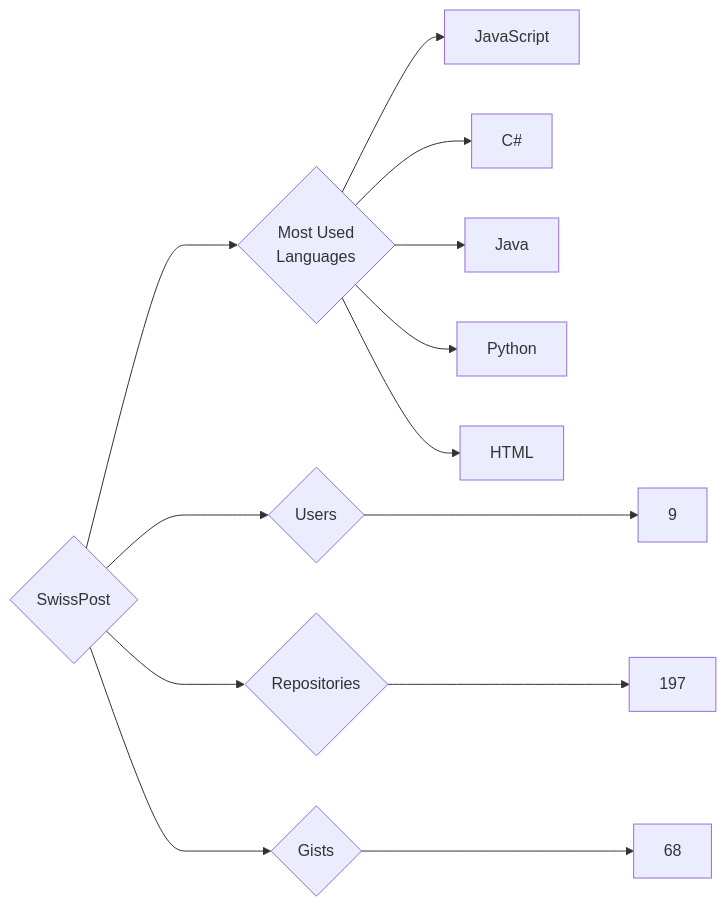
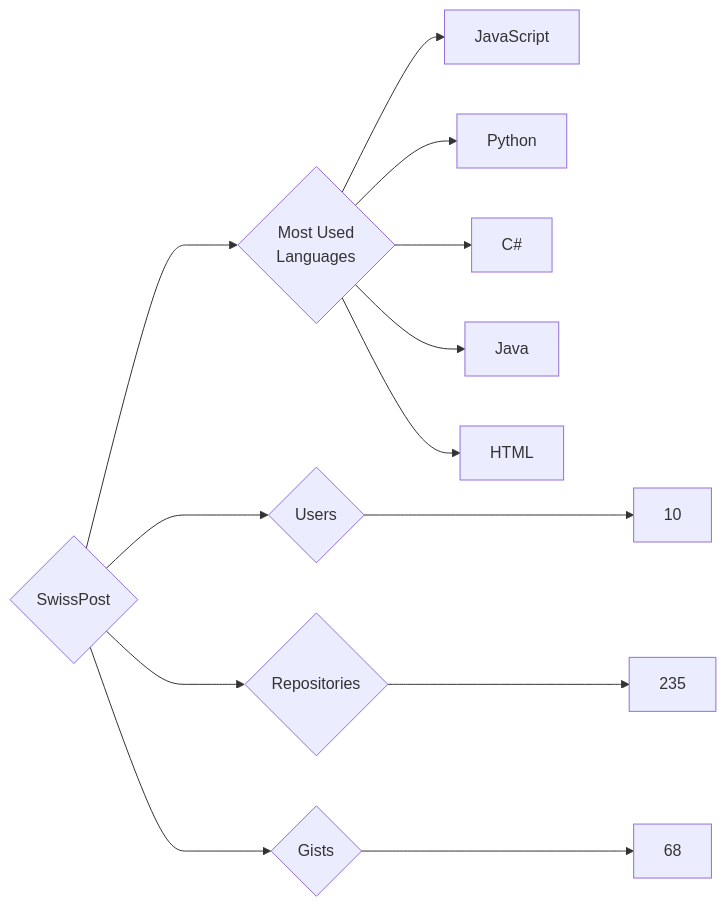
One commit to trickest/insiders changed the diagram in targets/SwissPost/README.md. Above: the diagram before and after it, drawn with Mermaid. The commit also changed 681 other files, not shown here.

````diff
--- a/targets/SwissPost/README.md
+++ b/targets/SwissPost/README.md
@@ -3,13 +3,13 @@
 ```mermaid
 graph LR
 COMPANY_NAME{SwissPost}
-COMPANY_NAME ---> U{Users} ---> UN[9]
-COMPANY_NAME ---> R{Repositories} ---> RN[197]
+COMPANY_NAME ---> U{Users} ---> UN[10]
+COMPANY_NAME ---> R{Repositories} ---> RN[235]
 COMPANY_NAME ---> G{Gists} ---> GN[68]
 COMPANY_NAME ---> ML{Most Used<br>Languages}
 ML --> JavaScript[JavaScript]
+ML --> Python[Python]
 ML --> C#[C#]
 ML --> Java[Java]
-ML --> Python[Python]
 ML --> HTML[HTML]
 ```
````
